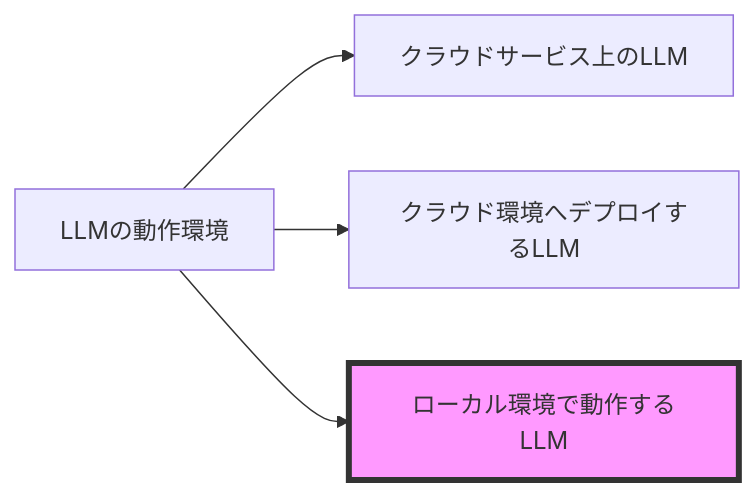
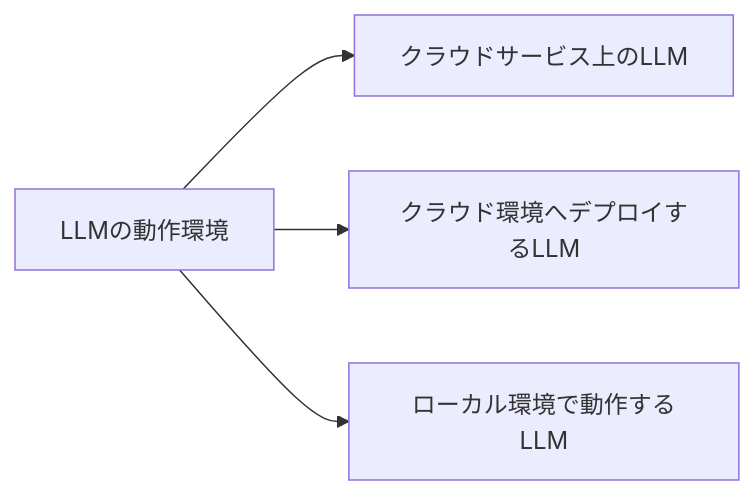
Before and after one commit to SparklingDetergent/doc_genai_Using_Generative_AI_with_Mac_Mini_-Introduction-: the third of 10 diagrams in README.md, drawn with Mermaid. The commit also changed other lines of this file, not shown here.

````diff
--- a/README.md
+++ b/README.md
@@ -45,7 +44,6 @@
 ```mermaid
 graph LR
     A[LLMの動作環境] --> B[クラウドサービス上のLLM]
     A --> C[クラウド環境へデプロイするLLM]
     A --> D[ローカル環境で動作するLLM]
-    style D fill:#f9f,stroke:#333,stroke-width:4px
 ```
````
